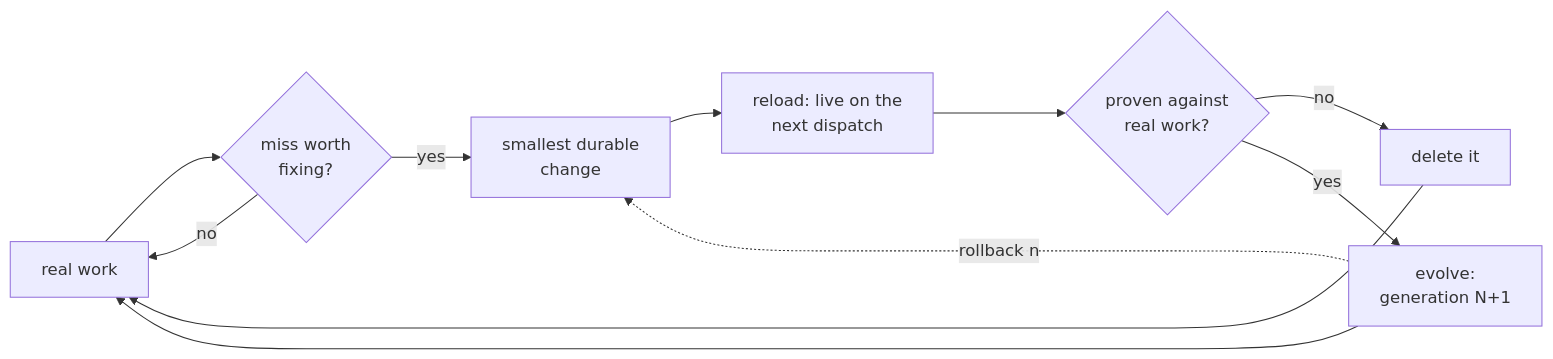
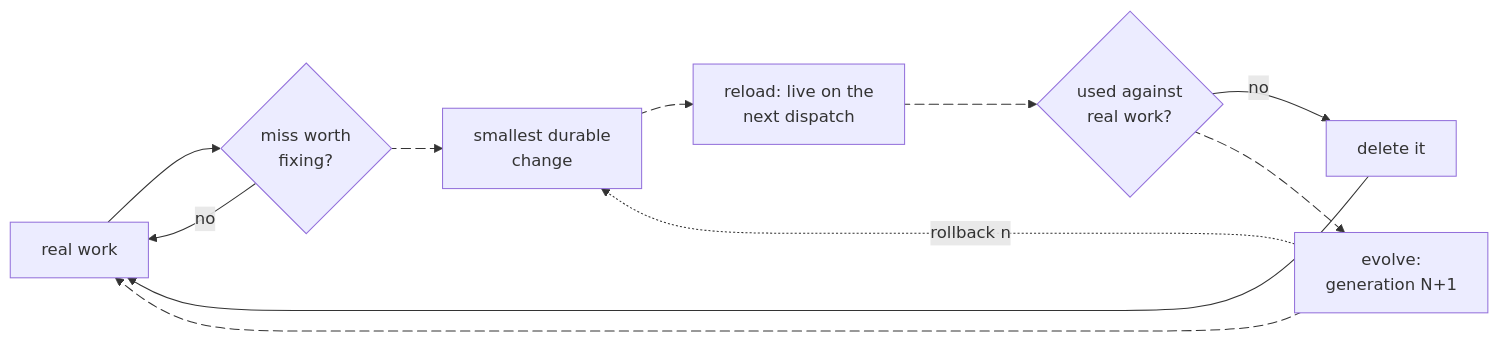
The first of 9 diagrams in README.md (umgbhalla/desmos), drawn with Mermaid before and after one commit. The commit also changed other lines of this file, not shown here.

Commit message:
docs: rewrite README for accuracy and add animated mermaid diagrams

````diff
--- a/README.md
+++ b/README.md
@@ -41,13 +41,18 @@
 ```mermaid
 flowchart LR
     W[real work] --> N{miss worth<br/>fixing?}
     N -- no --> W
-    N -- yes --> C[smallest durable<br/>change]
-    C --> R[reload: live on the<br/>next dispatch]
-    R --> P{proven against<br/>real work?}
+    N e1@--> C[smallest durable<br/>change]
+    C e2@--> R[reload: live on the<br/>next dispatch]
+    R e3@--> P{used against<br/>real work?}
     P -- no --> D[delete it]
     D --> W
-    P -- yes --> S[evolve:<br/>generation N+1]
-    S --> W
+    P e4@--> S[evolve:<br/>generation N+1]
+    S e5@--> W
     S -.->|rollback n| C
+    e1@{ animate: true }
+    e2@{ animate: true }
+    e3@{ animate: true }
+    e4@{ animate: true }
+    e5@{ animate: true }
 ```
````
